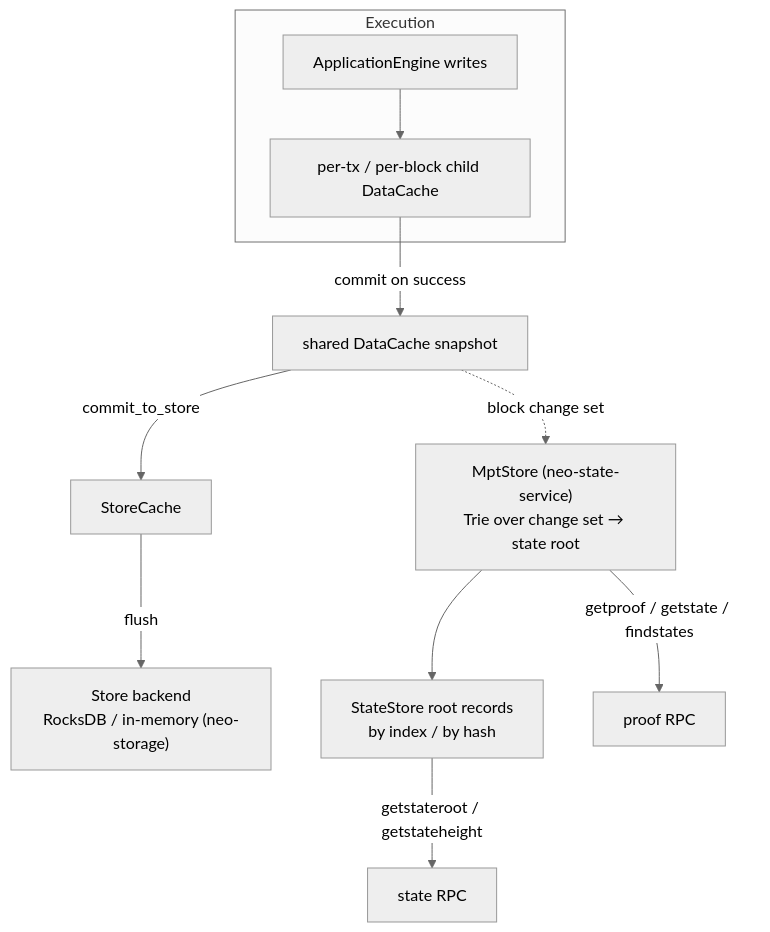
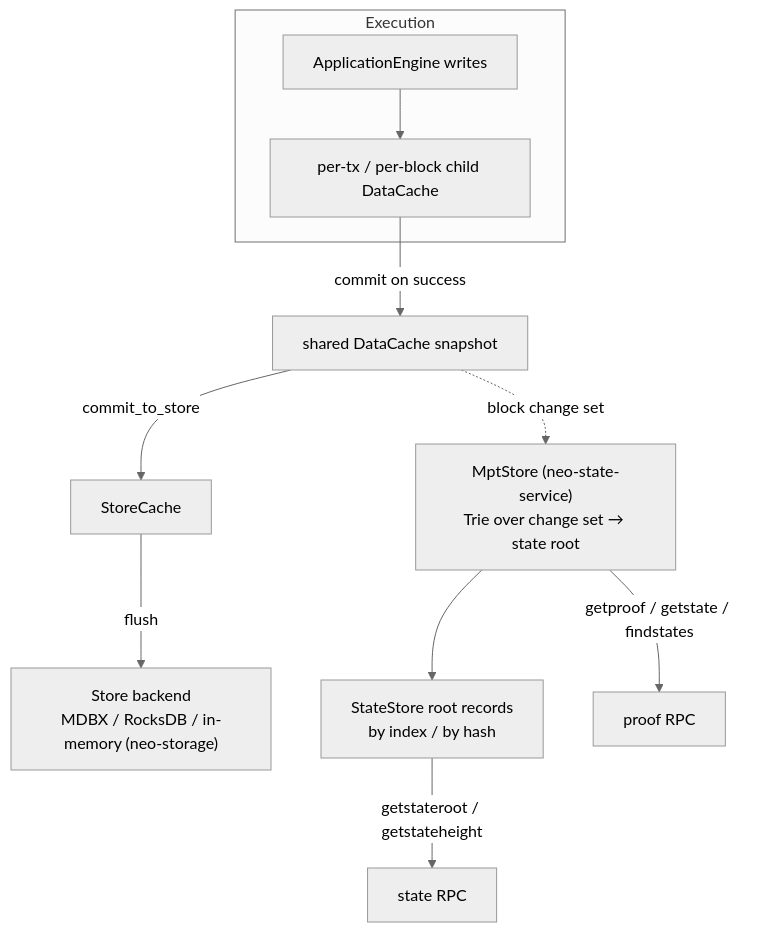
One commit to r3e-network/neo-rs changed the seventh of 7 diagrams in docs/dataflow.md. Above: the diagram before and after it, drawn with Mermaid (neutral theme). The commit also changed other lines of this file and 37 other files, not shown here.

````diff
--- a/docs/dataflow.md
+++ b/docs/dataflow.md
@@ -241,14 +250,14 @@
 ```mermaid
 flowchart TD
     subgraph Execution
         AE["ApplicationEngine writes"] --> Child["per-tx / per-block child DataCache"]
     end
     Child -->|commit on success| Snap["shared DataCache snapshot"]
     Snap -->|commit_to_store| SC["StoreCache"]
-    SC -->|flush| Store["Store backend<br/>RocksDB / in-memory (neo-storage)"]
+    SC -->|flush| Store["Store backend<br/>MDBX / RocksDB / in-memory (neo-storage)"]
 
     Snap -.->|block change set| MPT["MptStore (neo-state-service)<br/>Trie over change set → state root"]
     MPT --> SS["StateStore root records<br/>by index / by hash"]
     SS -->|getstateroot / getstateheight| RPC1["state RPC"]
     MPT -->|getproof / getstate / findstates| RPC2["proof RPC"]
 ```
````
